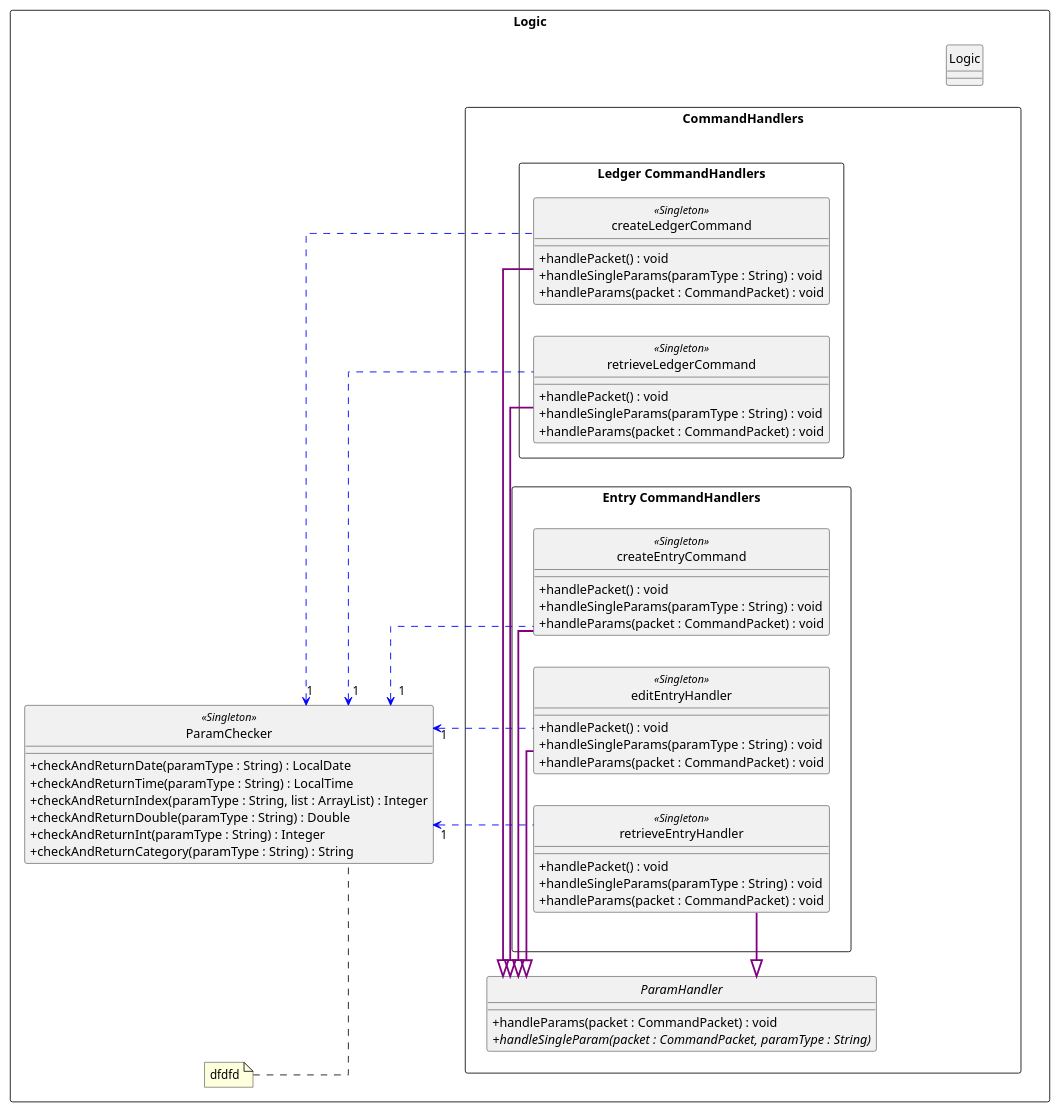
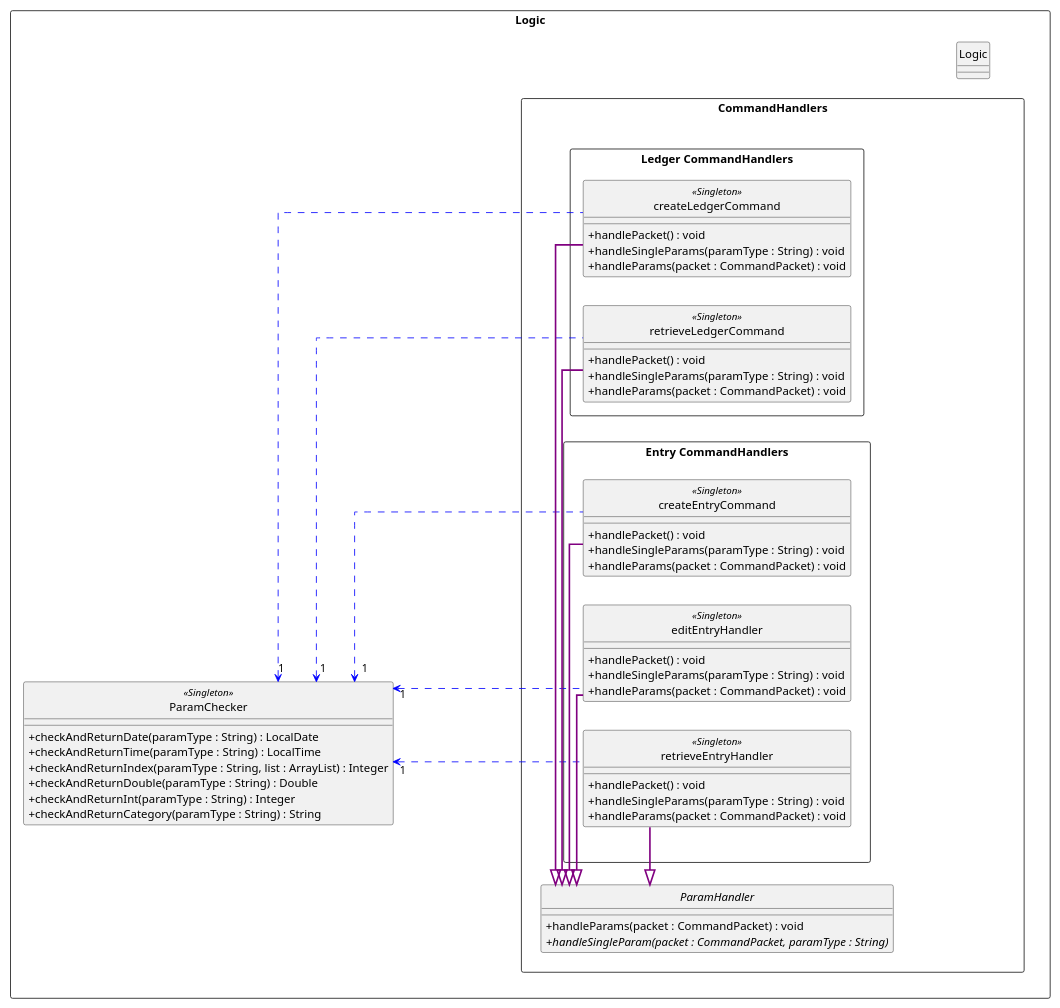
One commit to nus-cs2113-AY2021S1/tp changed the diagram in docs/diagrams/manualtracker/Commands_Logic.puml. Above: the diagram before and after it, drawn with PlantUML. The commit also changed 3 other files, not shown here.

```diff
--- a/docs/diagrams/manualtracker/Commands_Logic.puml
+++ b/docs/diagrams/manualtracker/Commands_Logic.puml
@@ -1,102 +1,102 @@
 @startuml
 left to right direction
 hide circle
 scale 1094 width
 skinparam classAttributeIconSize 0
 skinparam BoxPadding 20
 skinparam shadowing false
 skinparam linetype ortho
 skinparam package<<Layout>> {
   borderColor Transparent
   backgroundColor Transparent
   fontColor Transparent
   stereotypeFontColor Transparent
 }
 
 rectangle Logic {
 
     package p1 <<Layout>> {
     }
 
     package p2 <<Layout>> {
     }
 
     package p3 <<Layout>> {
     }
 
 
     class ParamChecker <<Singleton>>{
         + checkAndReturnDate(paramType : String) : LocalDate
         + checkAndReturnTime(paramType : String) : LocalTime
         + checkAndReturnIndex(paramType : String, list : ArrayList) : Integer
         + checkAndReturnDouble(paramType : String) : Double
         + checkAndReturnInt(paramType : String) : Integer
         + checkAndReturnCategory(paramType : String) : String
     }
 
 
     p1 -[hidden] p2
     p2 -[hidden] p3
     p2 -[hidden] ParamChecker
 
 
 rectangle "CommandHandlers"    {
     abstract class ParamHandler {
 
         + handleParams(packet : CommandPacket) : void
         + {abstract} handleSingleParam(packet : CommandPacket, paramType : String)
     }
 
     rectangle "Ledger CommandHandlers"    {
         class createLedgerCommand <<Singleton>>{
             + handlePacket() : void
             + handleSingleParams(paramType : String) : void
             + handleParams(packet : CommandPacket) : void
         }
         class retrieveLedgerCommand <<Singleton>>{
             + handlePacket() : void
             + handleSingleParams(paramType : String) : void
             + handleParams(packet : CommandPacket) : void
         }
     }
 
     package p4 <<Layout>> {
     }
 
     rectangle "Entry CommandHandlers"    {
         class createEntryCommand <<Singleton>>{
             + handlePacket() : void
             + handleSingleParams(paramType : String) : void
             + handleParams(packet : CommandPacket) : void
         }
         class editEntryHandler <<Singleton>>{
             + handlePacket() : void
             + handleSingleParams(paramType : String) : void
             + handleParams(packet : CommandPacket) : void
         }
         class retrieveEntryHandler <<Singleton>>{
             + handlePacket() : void
             + handleSingleParams(paramType : String) : void
             + handleParams(packet : CommandPacket) : void
         }
     }
 
     "Entry CommandHandlers"    -[hidden]- p4
     ParamChecker -[hidden]- ParamHandler
 }
-note top of ParamChecker : dfdfd
+
 "CommandHandlers"    -[hidden]down- Logic
 
-ParamChecker "1" <.[norank]. createLedgerCommand #line:blue;text:black
-ParamChecker "1" <.[norank]. retrieveLedgerCommand #line:blue;text:black
-ParamChecker "1" <.[norank]. createEntryCommand #line:blue;text:black
-ParamChecker "1" <.[norank]. editEntryHandler #line:blue;text:black
-ParamChecker "1" <.[norank]. retrieveEntryHandler #line:blue;text:black
+ParamChecker "1" <.... createLedgerCommand #line:blue;text:black
+ParamChecker "1" <...[norank]. retrieveLedgerCommand #line:blue;text:black
+ParamChecker "1" <...[norank]. createEntryCommand #line:blue;text:black
+ParamChecker "1" <...[norank]. editEntryHandler #line:blue;text:black
+ParamChecker "1" <...[norank]. retrieveEntryHandler #line:blue;text:black
 ParamHandler <|-[norank]- createLedgerCommand #line:purple;line.bold;text:red
 ParamHandler <|-[norank]- retrieveLedgerCommand #line:purple;line.bold;text:red
 ParamHandler <|-[norank]- createEntryCommand #line:purple;line.bold;text:red
 ParamHandler <|-[norank]- retrieveEntryHandler #line:purple;line.bold;text:red
 ParamHandler <|-[norank]- editEntryHandler #line:purple;line.bold;text:red
 }
 
 @enduml
```
